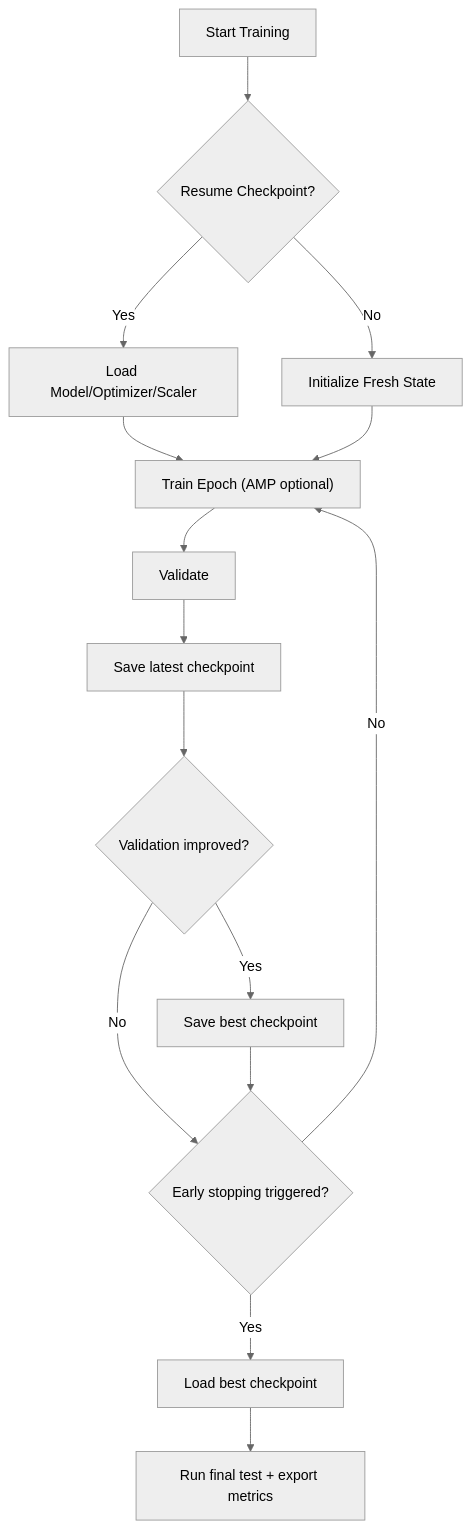
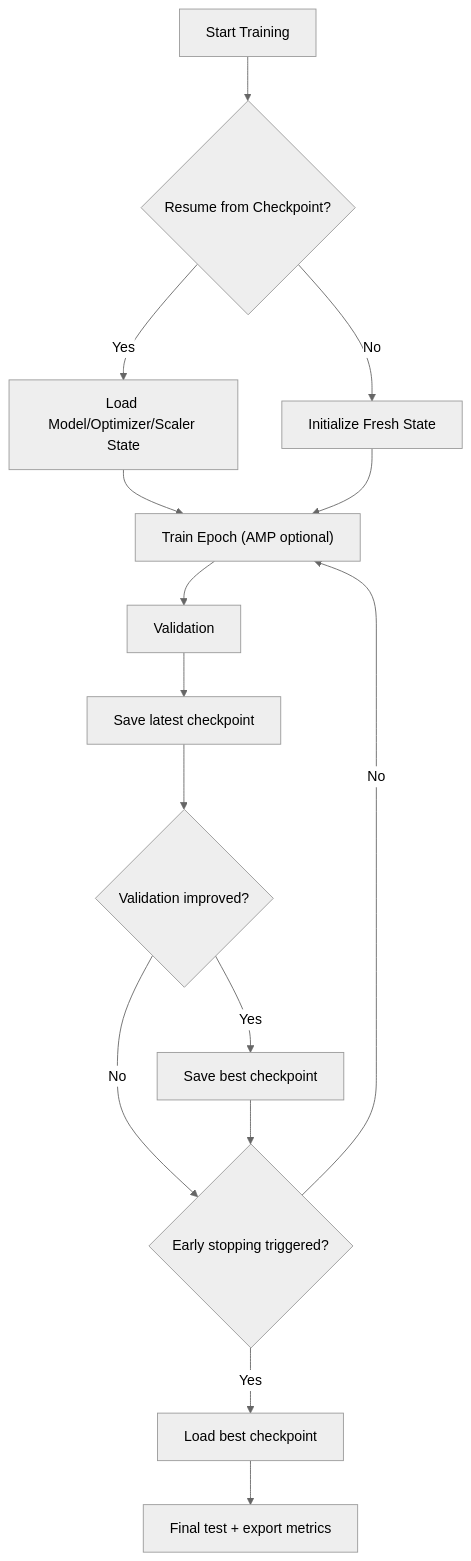
One commit to mhmdevan/ML-zero-to-hero changed the second of 2 diagrams in README.md. Above: the diagram before and after it, drawn with Mermaid (neutral theme). The commit also changed other lines of this file, not shown here.

````diff
--- a/README.md
+++ b/README.md
@@ -64,17 +80,17 @@
 ```mermaid
 flowchart TD
-  S["Start Training"] --> R{"Resume Checkpoint?"}
-  R -- "Yes" --> L["Load Model/Optimizer/Scaler"]
+  S["Start Training"] --> R{"Resume from Checkpoint?"}
+  R -- "Yes" --> L["Load Model/Optimizer/Scaler State"]
   R -- "No" --> I["Initialize Fresh State"]
   L --> T["Train Epoch (AMP optional)"]
   I --> T
-  T --> V["Validate"]
+  T --> V["Validation"]
   V --> C["Save latest checkpoint"]
   C --> B{"Validation improved?"}
   B -- "Yes" --> K["Save best checkpoint"]
   B -- "No" --> E{"Early stopping triggered?"}
   K --> E
   E -- "No" --> T
   E -- "Yes" --> P["Load best checkpoint"]
-  P --> X["Run final test + export metrics"]
+  P --> X["Final test + export metrics"]
 ```
````
